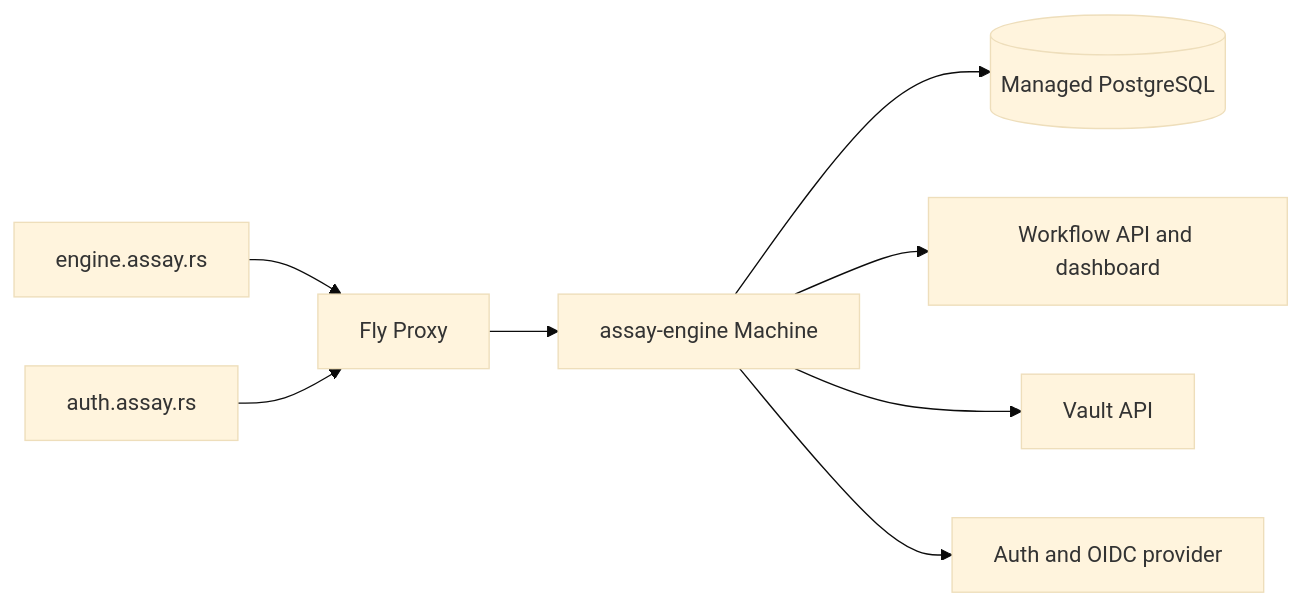
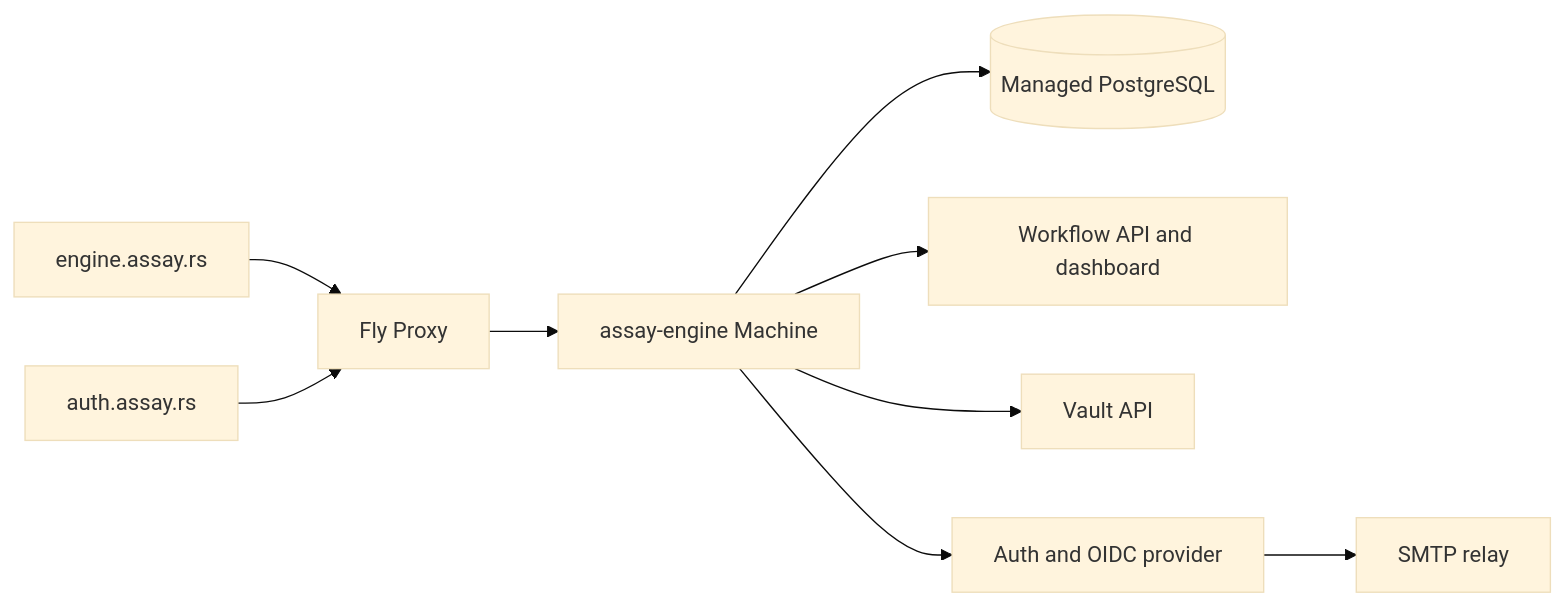
Before and after one commit to developerinlondon/assay: the diagram in service/README.md, drawn with Mermaid (base theme). The commit also changed other lines of this file and 29 other files, not shown here.

````diff
--- a/service/README.md
+++ b/service/README.md
@@ -6,10 +6,11 @@
 ```mermaid
 flowchart LR
     E[engine.assay.rs] --> F[Fly Proxy]
     A[auth.assay.rs] --> F
     F --> M[assay-engine Machine]
     M --> P[(Managed PostgreSQL)]
     M --> W[Workflow API and dashboard]
     M --> V[Vault API]
     M --> I[Auth and OIDC provider]
+    I --> S[SMTP relay]
 ```
````
